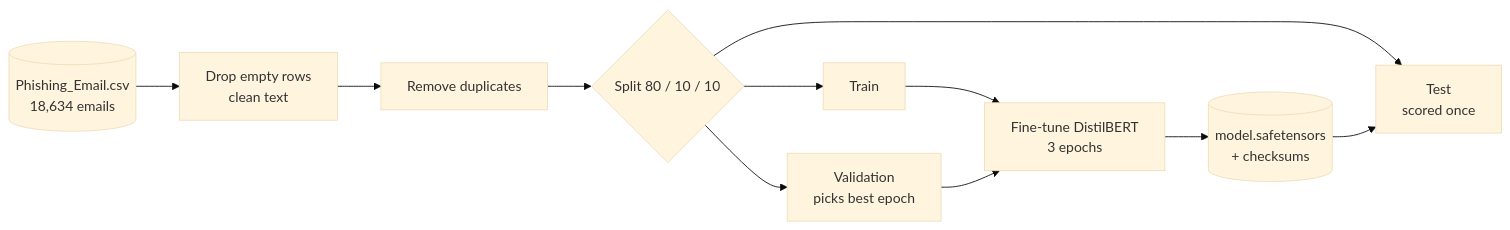
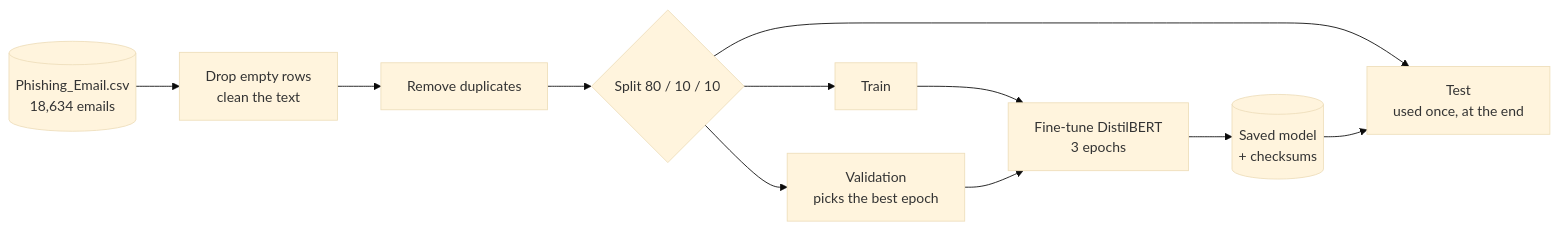
One commit to aurveus/AI-phishing-detector changed the second of 3 diagrams in README.md. Above: the diagram before and after it, drawn with Mermaid (base theme). The commit also changed other lines of this file and 17 other files, not shown here.

````diff
--- a/README.md
+++ b/README.md
@@ -56,13 +60,13 @@
 ```mermaid
 flowchart LR
-    D[(Phishing_Email.csv<br/>18,634 emails)] --> P[Drop empty rows<br/>clean text]
+    D[(Phishing_Email.csv<br/>18,634 emails)] --> P[Drop empty rows<br/>clean the text]
     P --> U[Remove duplicates]
     U --> S{Split 80 / 10 / 10}
     S --> TR[Train]
-    S --> VA[Validation<br/>picks best epoch]
-    S --> TE[Test<br/>scored once]
+    S --> VA[Validation<br/>picks the best epoch]
+    S --> TE[Test<br/>used once, at the end]
     TR --> M[Fine-tune DistilBERT<br/>3 epochs]
     VA --> M
-    M --> W[(model.safetensors<br/>+ checksums)]
+    M --> W[(Saved model<br/>+ checksums)]
     W --> TE
 ```
````
